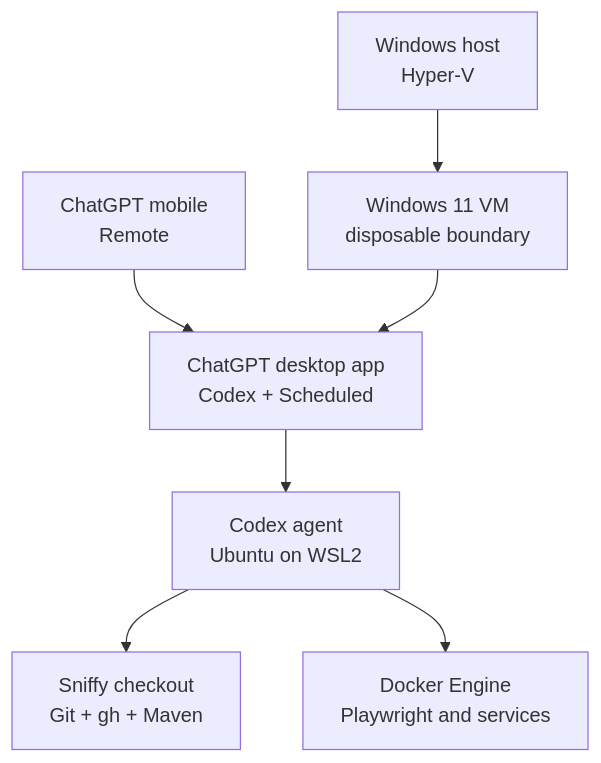
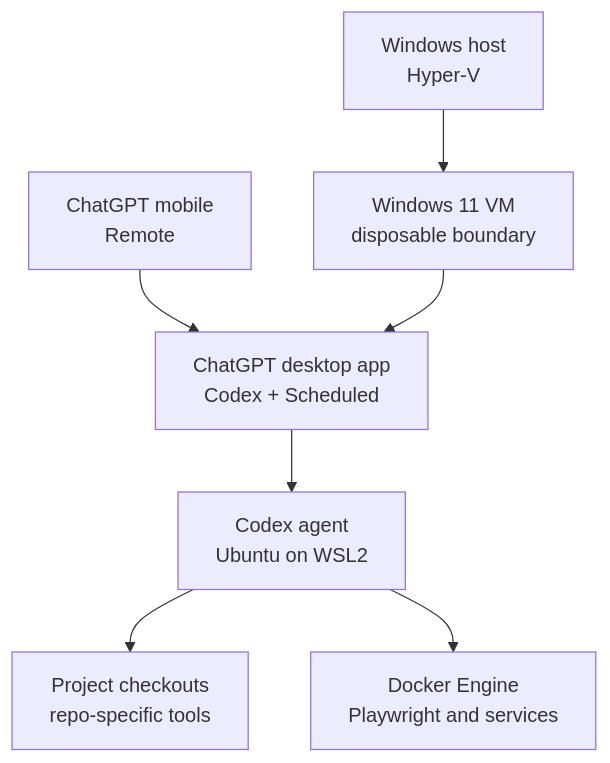
Before and after one commit to sniffy/sniffy: the diagram in docs/local-codex-worker.md, drawn with Mermaid. The commit also changed other lines of this file, not shown here.

````diff
--- a/docs/local-codex-worker.md
+++ b/docs/local-codex-worker.md
@@ -11,9 +12,9 @@
 ```mermaid
 flowchart TD
     Host["Windows host<br/>Hyper-V"] --> VM["Windows 11 VM<br/>disposable boundary"]
     Phone["ChatGPT mobile<br/>Remote"] --> App["ChatGPT desktop app<br/>Codex + Scheduled"]
     VM --> App
     App --> WSL["Codex agent<br/>Ubuntu on WSL2"]
-    WSL --> Repo["Sniffy checkout<br/>Git + gh + Maven"]
+    WSL --> Repo["Project checkouts<br/>repo-specific tools"]
     WSL --> Docker["Docker Engine<br/>Playwright and services"]
 ```
````
